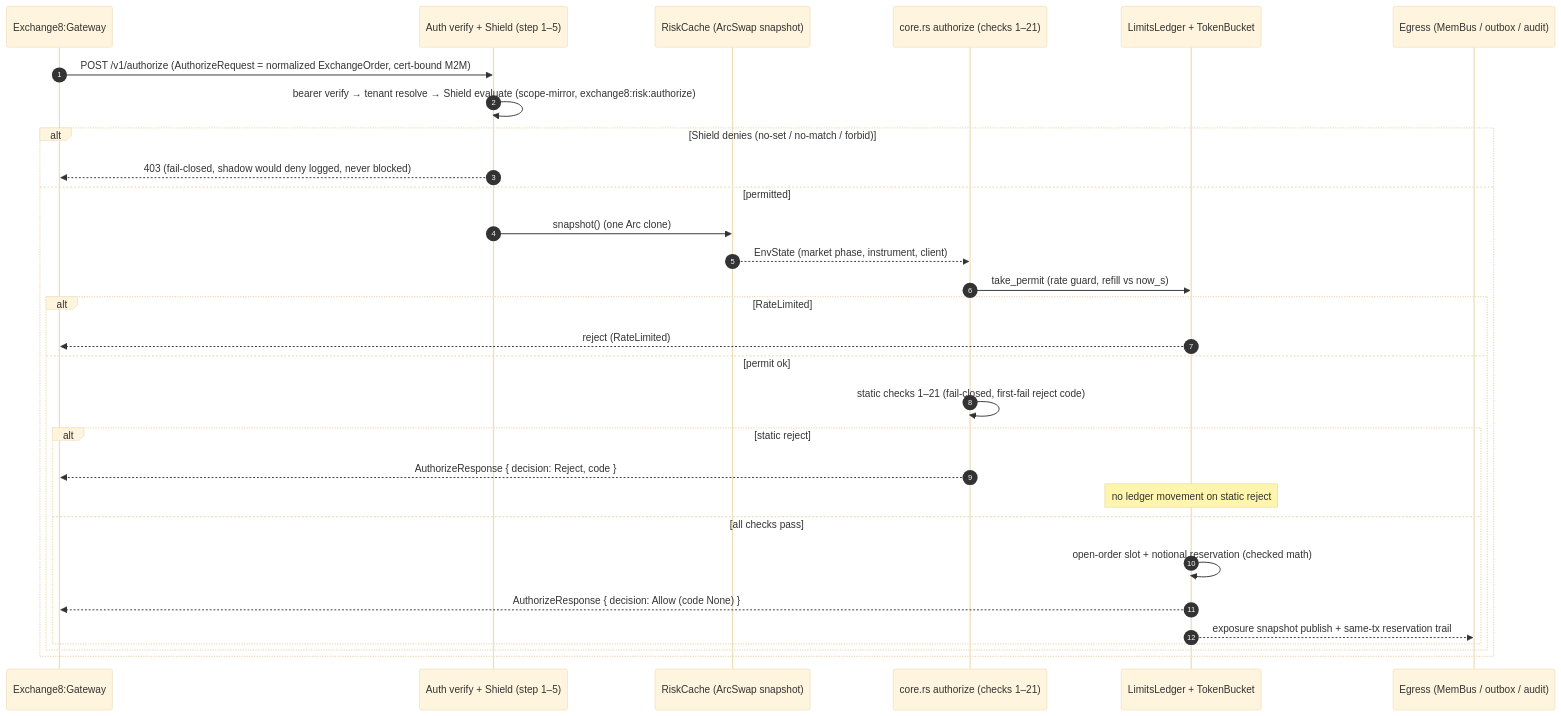
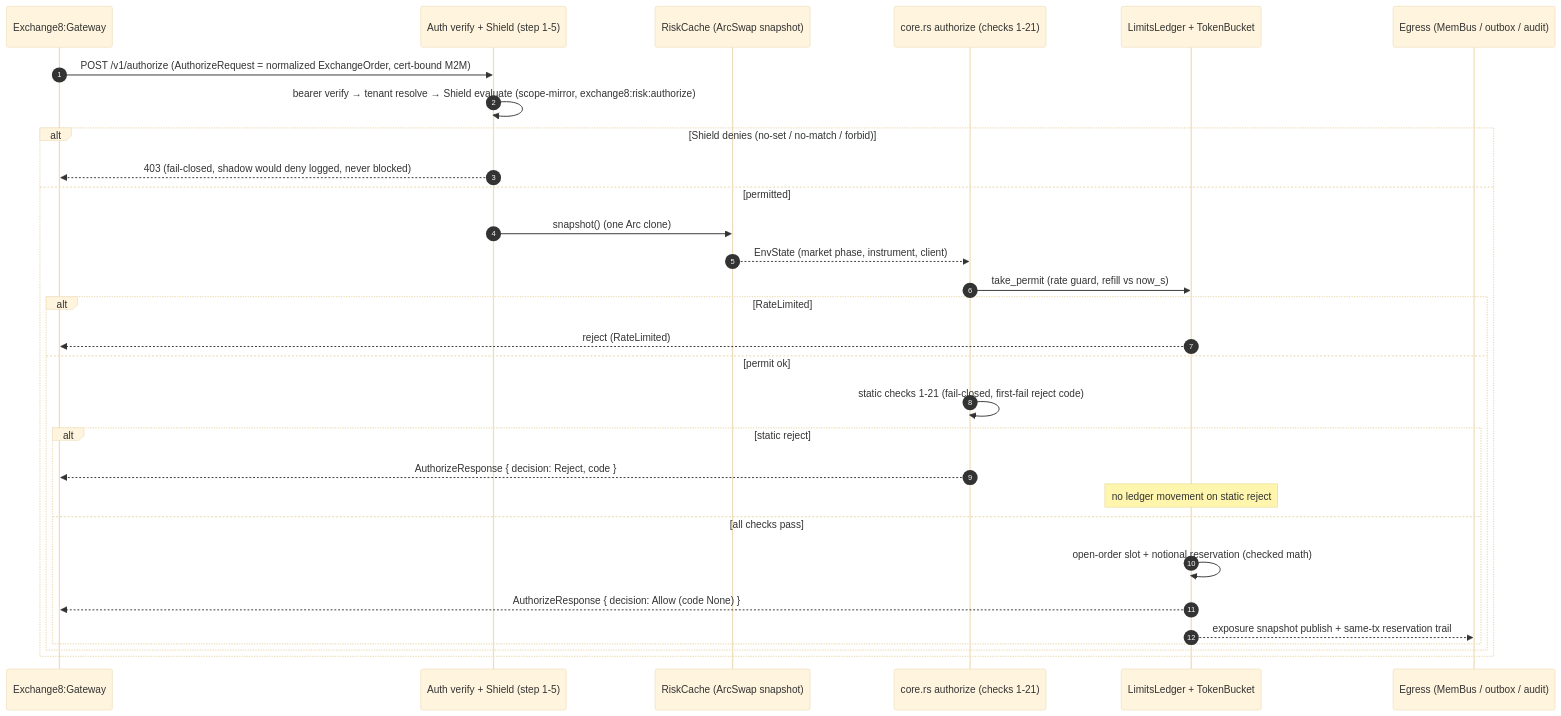
One commit to Exchange8-dev/exchange8-site changed the fourth of 14 diagrams in docs/products/risk/design.md. Above: the diagram before and after it, drawn with Mermaid (base theme). The commit also changed other lines of this file and 23 other files, not shown here.

````diff
--- a/docs/products/risk/design.md
+++ b/docs/products/risk/design.md
@@ -152,33 +152,33 @@
 ```mermaid
 sequenceDiagram
     autonumber
     participant GW as Exchange8:Gateway
-    participant AU as Auth verify + Shield (step 1–5)
+    participant AU as Auth verify + Shield (step 1-5)
     participant RC as RiskCache (ArcSwap snapshot)
-    participant MAT as core.rs authorize (checks 1–21)
+    participant MAT as core.rs authorize (checks 1-21)
     participant LG as LimitsLedger + TokenBucket
     participant OUT as Egress (MemBus / outbox / audit)
 
     GW->>AU: POST /v1/authorize (AuthorizeRequest = normalized ExchangeOrder, cert-bound M2M)
     AU->>AU: bearer verify → tenant resolve → Shield evaluate (scope-mirror, exchange8:risk:authorize)
     alt Shield denies (no-set / no-match / forbid)
         AU-->>GW: 403 (fail-closed, shadow would deny logged, never blocked)
     else permitted
         AU->>RC: snapshot() (one Arc clone)
         RC-->>MAT: EnvState (market phase, instrument, client)
         MAT->>LG: take_permit (rate guard, refill vs now_s)
         alt RateLimited
             LG-->>GW: reject (RateLimited)
         else permit ok
-            MAT->>MAT: static checks 1–21 (fail-closed, first-fail reject code)
+            MAT->>MAT: static checks 1-21 (fail-closed, first-fail reject code)
             alt static reject
                 MAT-->>GW: AuthorizeResponse { decision: Reject, code }
                 Note over LG: no ledger movement on static reject
             else all checks pass
                 LG->>LG: open-order slot + notional reservation (checked math)
                 LG-->>GW: AuthorizeResponse { decision: Allow (code None) }
                 LG-->>OUT: exposure snapshot publish + same-tx reservation trail
             end
         end
     end
 ```
````
